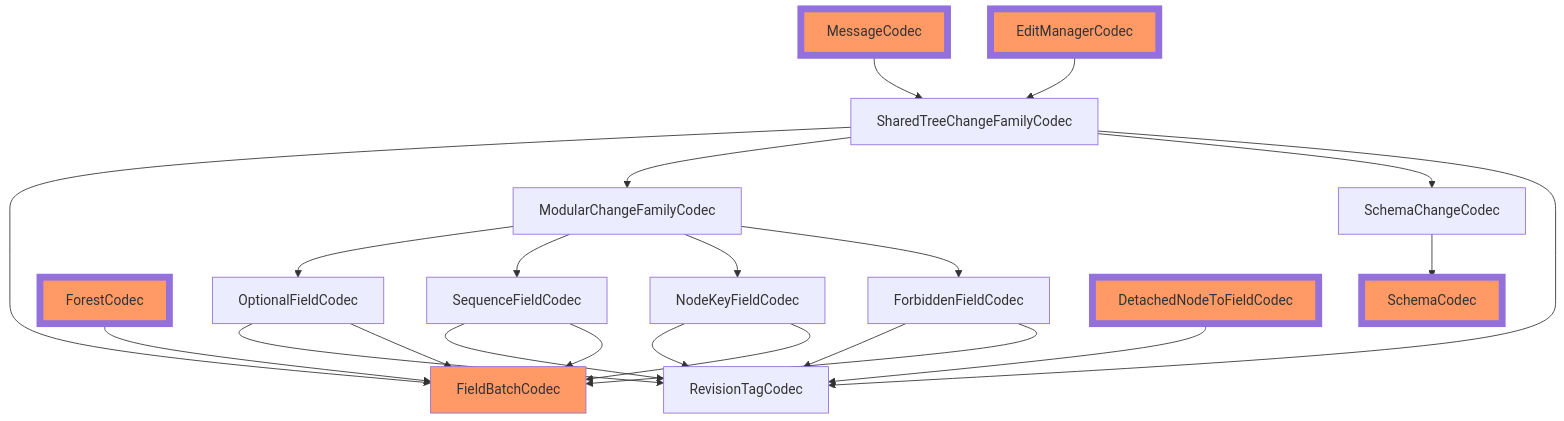
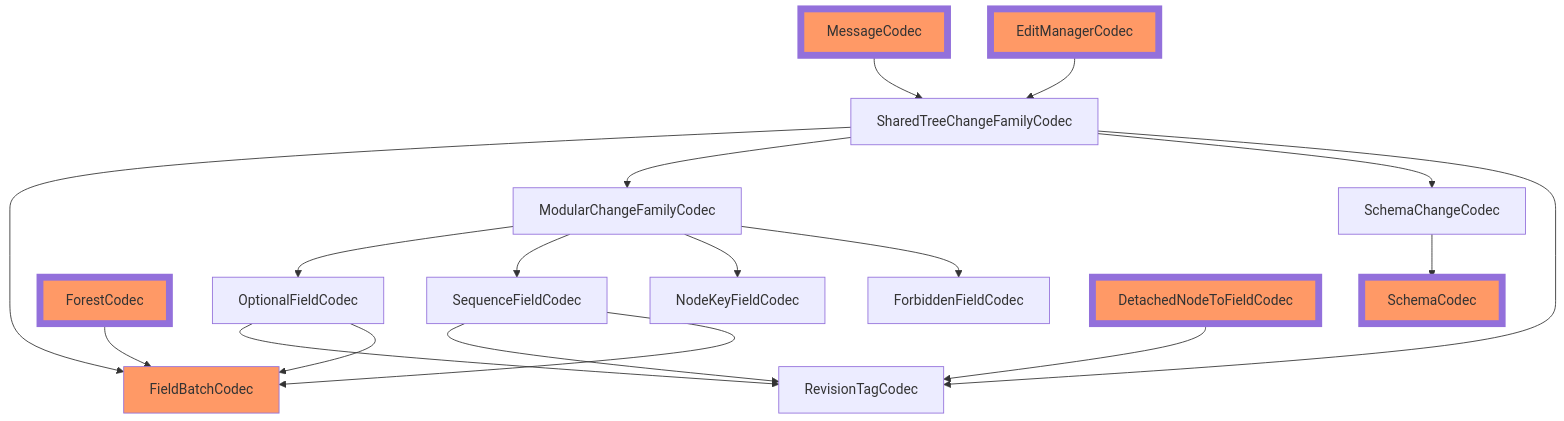
The diagram in packages/dds/tree/docs/main/compatibility.md (microsoft/FluidFramework), drawn with Mermaid before and after one commit. The commit also changed other lines of this file and 4 other files, not shown here.

Commit message:
Address feedback on readability of codec diagram

````diff
--- a/packages/dds/tree/docs/main/compatibility.md
+++ b/packages/dds/tree/docs/main/compatibility.md
@@ -158,34 +158,30 @@
 ```mermaid
 flowchart TD
     RevisionTagCodec
     SchemaCodec
     FieldBatchCodec
     ForestCodec-->FieldBatchCodec
     MessageCodec-->SharedTreeChangeFamilyCodec
     EditManagerCodec-->SharedTreeChangeFamilyCodec
     SharedTreeChangeFamilyCodec-->FieldBatchCodec
     SharedTreeChangeFamilyCodec-->ModularChangeFamilyCodec
     SharedTreeChangeFamilyCodec-->SchemaChangeCodec
     SchemaChangeCodec-->SchemaCodec
     ModularChangeFamilyCodec-->OptionalFieldCodec
     ModularChangeFamilyCodec-->SequenceFieldCodec
     ModularChangeFamilyCodec-->NodeKeyFieldCodec
     ModularChangeFamilyCodec-->ForbiddenFieldCodec
     SharedTreeChangeFamilyCodec-->RevisionTagCodec
     DetachedNodeToFieldCodec-->RevisionTagCodec
     OptionalFieldCodec-->RevisionTagCodec
     SequenceFieldCodec-->RevisionTagCodec
-    NodeKeyFieldCodec-->RevisionTagCodec
-    ForbiddenFieldCodec-->RevisionTagCodec
     OptionalFieldCodec-->FieldBatchCodec
     SequenceFieldCodec-->FieldBatchCodec
-    NodeKeyFieldCodec-->FieldBatchCodec
-    ForbiddenFieldCodec-->FieldBatchCodec
 
     classDef summarizable stroke-width:8px
     classDef op stroke-width:8px
     classDef versioned fill:#f96
     class ForestCodec,EditManagerCodec,DetachedNodeToFieldCodec,SchemaCodec summarizable
     class MessageCodec op
     class FieldBatchCodec,SchemaCodec,ForestCodec,MessageCodec,EditManagerCodec,DetachedNodeToFieldCodec versioned
 ```
````
